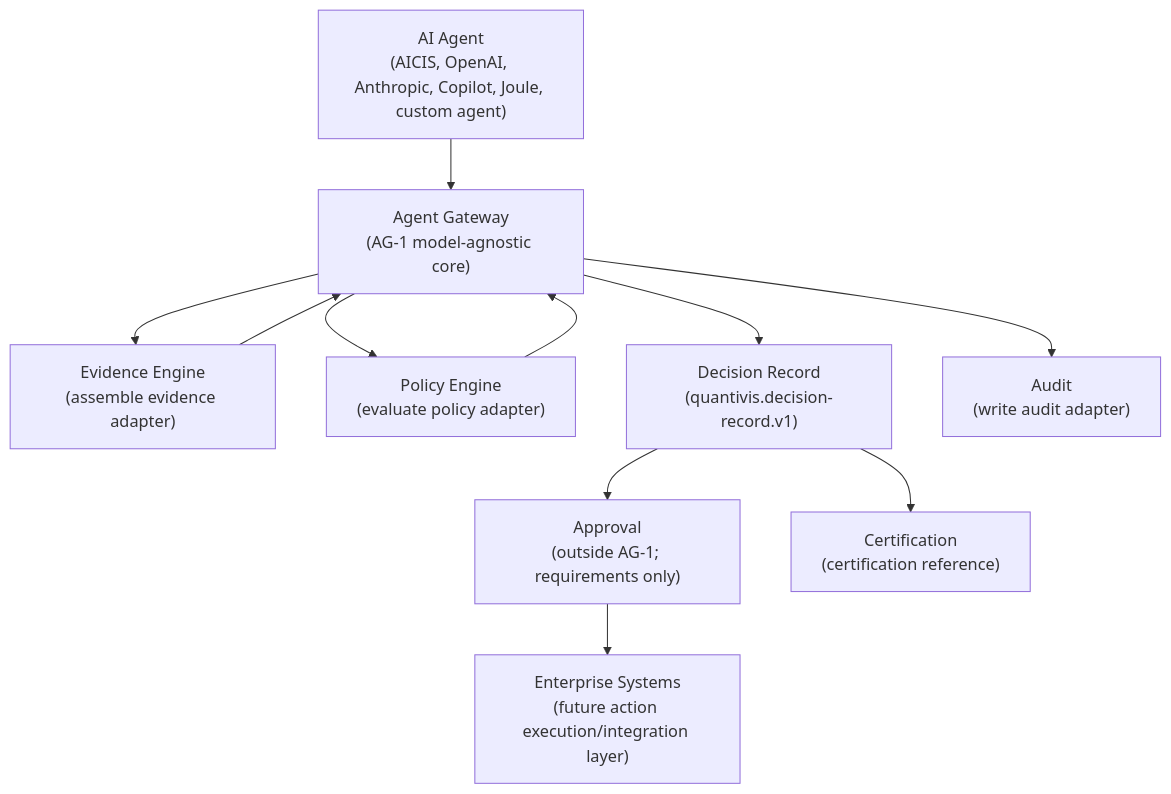
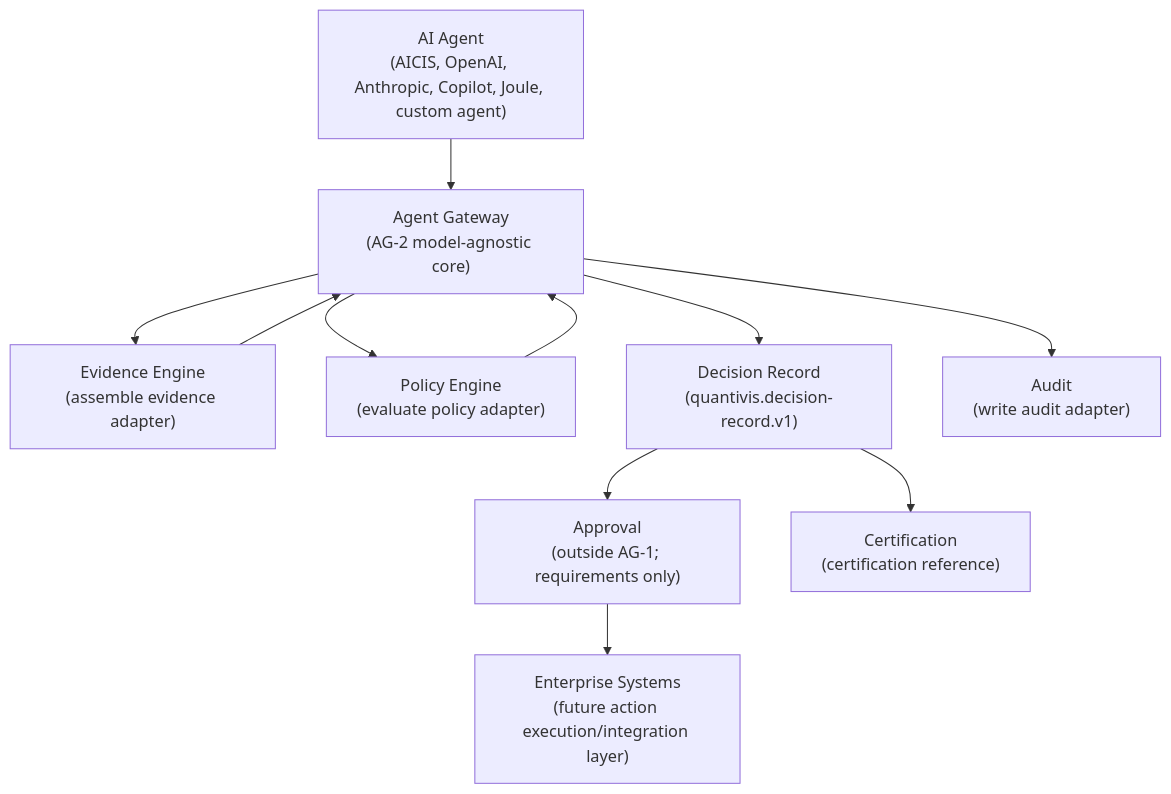
Before and after one commit to stanleymay20/quantisights-pro-ff2bbabf: the first of 3 diagrams in docs/architecture/AG-1-Agent-Gateway.md, drawn with Mermaid. The commit also changed other lines of this file and 2 other files, not shown here.

Commit message:
feat: harden agent gateway core

````diff
--- a/docs/architecture/AG-1-Agent-Gateway.md
+++ b/docs/architecture/AG-1-Agent-Gateway.md
@@ -57,23 +60,23 @@
 ```mermaid
 flowchart TD
   A["AI Agent<br/>(AICIS, OpenAI, Anthropic, Copilot, Joule, custom agent)"]
-  B["Agent Gateway<br/>(AG-1 model-agnostic core)"]
+  B["Agent Gateway<br/>(AG-2 model-agnostic core)"]
   C["Evidence Engine<br/>(assemble evidence adapter)"]
   D["Policy Engine<br/>(evaluate policy adapter)"]
   E["Decision Record<br/>(quantivis.decision-record.v1)"]
   F["Approval<br/>(outside AG-1; requirements only)"]
   G["Audit<br/>(write audit adapter)"]
   H["Certification<br/>(certification reference)"]
   I["Enterprise Systems<br/>(future action execution/integration layer)"]
 
   A --> B
   B --> C
   C --> B
   B --> D
   D --> B
   B --> E
   E --> F
   B --> G
   E --> H
   F --> I
 ```
````
